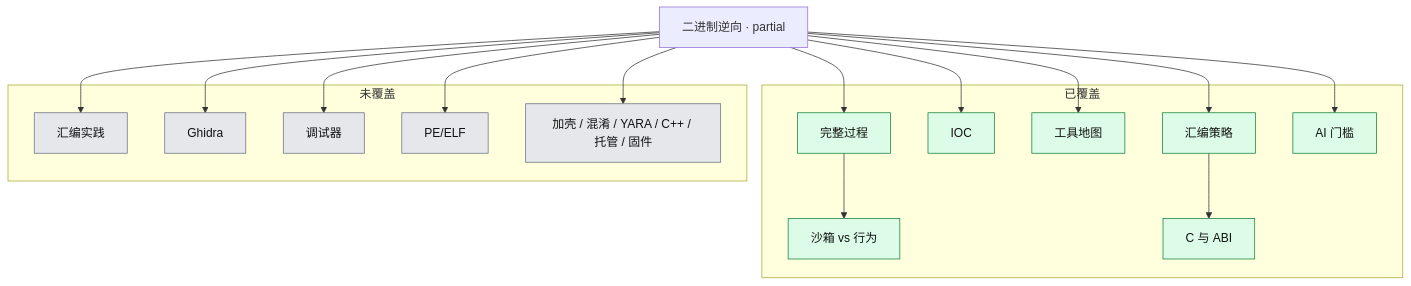
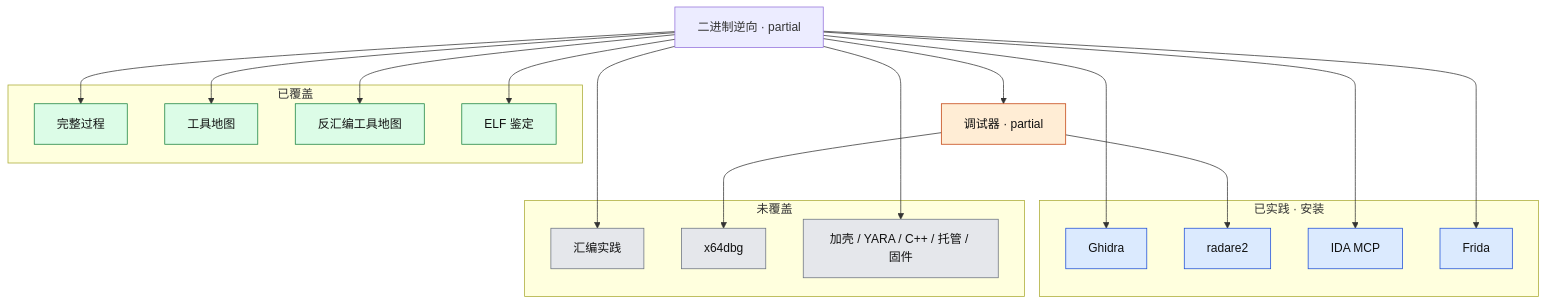
One commit to HubBoys/cybersec-knowledge changed the diagram in domains/reverse-engineering/README.md. Above: the diagram before and after it, drawn with Mermaid. The commit also changed other lines of this file and 11 other files, not shown here.

````diff
--- a/domains/reverse-engineering/README.md
+++ b/domains/reverse-engineering/README.md
@@ -17,35 +20,43 @@
 ```mermaid
 flowchart TB
   classDef uncovered fill:#e5e7eb,stroke:#6b7280,color:#111
   classDef covered fill:#dcfce7,stroke:#15803d,color:#111
+  classDef practiced fill:#dbeafe,stroke:#1d4ed8,color:#111
+  classDef partial fill:#ffedd5,stroke:#c2410c,color:#111
 
   RE[二进制逆向 · partial]
   subgraph covered [已覆盖]
     P[完整过程]
-    DIFF[沙箱 vs 行为]
-    IOC[IOC]
     TL[工具地图]
-    ASM[汇编策略]
-    WHY[C 与 ABI]
-    AI[AI 门槛]
+    DSC[反汇编工具地图]
+    PE[ELF 鉴定]
+  end
+  subgraph inst [已实践 · 安装]
+    GH[Ghidra]
+    R2[radare2]
+    IDAM[IDA MCP]
+    FR[Frida]
   end
   subgraph uncovered [未覆盖]
     X86[汇编实践]
-    GH[Ghidra]
-    DBG[调试器]
-    PE[PE/ELF]
-    REST[加壳 / 混淆 / YARA / C++ / 托管 / 固件]
+    X64[x64dbg]
+    REST[加壳 / YARA / C++ / 托管 / 固件]
   end
-  RE --> P --> DIFF
-  RE --> IOC
+  DBG[调试器 · partial]
+  RE --> P
   RE --> TL
-  RE --> ASM --> WHY
-  RE --> AI
+  RE --> DSC
+  RE --> PE
+  RE --> GH
+  DBG --> R2
+  DBG --> X64
+  RE --> DBG
+  RE --> IDAM
+  RE --> FR
   RE --> X86
-  RE --> GH
-  RE --> DBG
-  RE --> PE
   RE --> REST
-  class P,DIFF,IOC,TL,ASM,WHY,AI covered
-  class X86,GH,DBG,PE,REST uncovered
+  class P,TL,DSC,PE covered
+  class GH,R2,IDAM,FR practiced
+  class X86,X64,REST uncovered
+  class DBG partial
 ```
````
